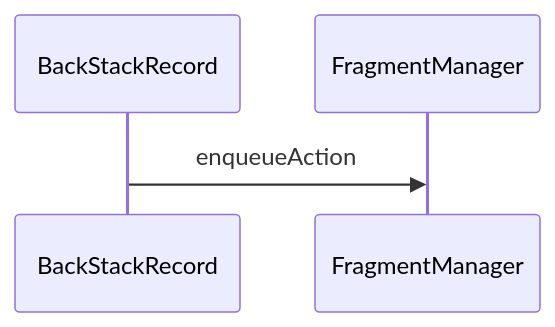
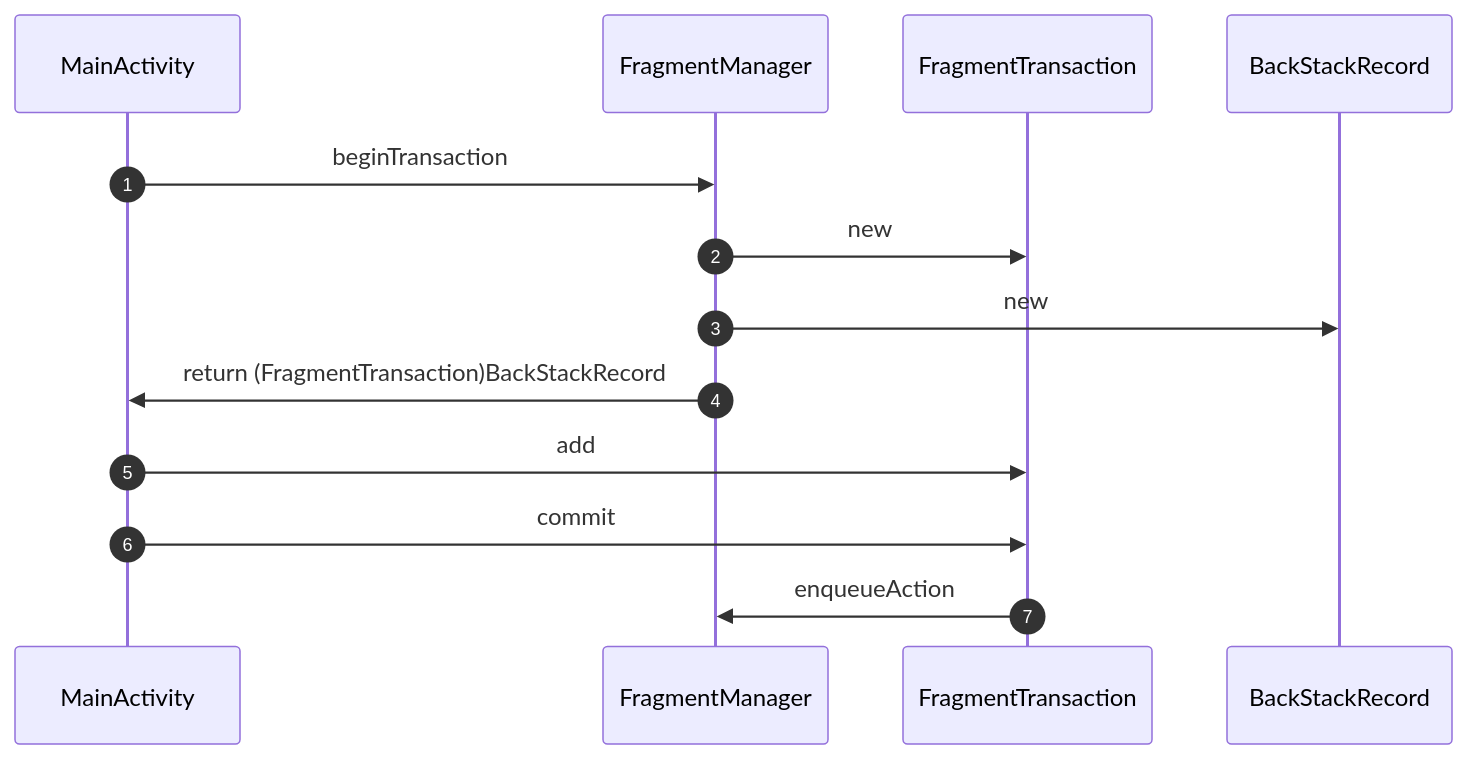
One commit to swithun-liu/swithun-liu.github.io changed diagram 25 of 35 in source/_posts/Android/Fragment原理.md. Above: the diagram before and after it, drawn with Mermaid. The commit also changed other lines of this file, not shown here.

````diff
--- a/source/_posts/Android/Fragment原理.md
+++ b/source/_posts/Android/Fragment原理.md
@@ -1431,6 +1497,17 @@
     ```mermaid
     sequenceDiagram
-        participant BackStackRecord
-        participant FragmentManager
-        BackStackRecord->>FragmentManager: enqueueAction
+    autonumber
+
+    participant MainActivity
+    participant FragmentManager
+    participant FragmentTransaction
+    participant BackStackRecord
+
+    MainActivity ->> FragmentManager: beginTransaction
+    FragmentManager ->> FragmentTransaction: new
+    FragmentManager ->> BackStackRecord: new
+    FragmentManager ->> MainActivity: return (FragmentTransaction)BackStackRecord
+    MainActivity ->> FragmentTransaction: add
+    MainActivity ->> FragmentTransaction: commit
+    FragmentTransaction ->> FragmentManager: enqueueAction
     ```
````
